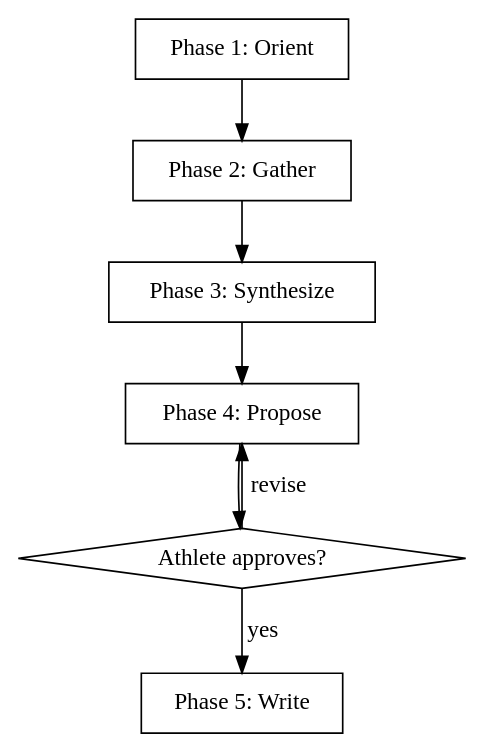
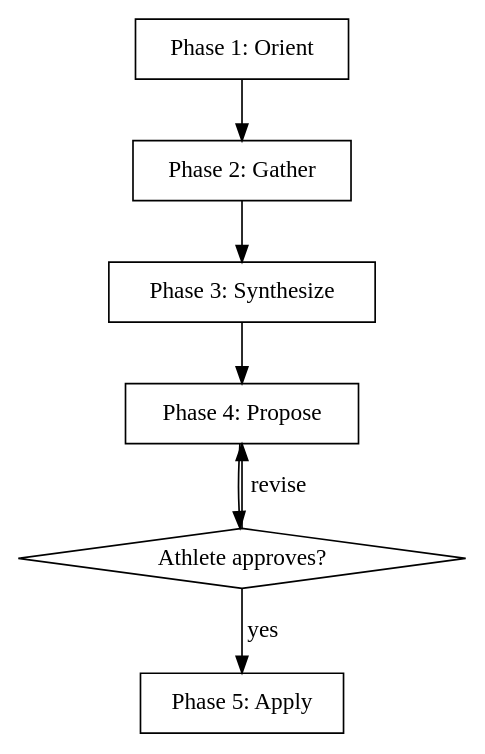
Before and after one commit to isparling/engram-coach: the diagram in skills/adapt-plan/SKILL.md, drawn with Graphviz. The commit also changed other lines of this file and 43 other files, not shown here.

````diff
--- a/skills/adapt-plan/SKILL.md
+++ b/skills/adapt-plan/SKILL.md
@@ -16,17 +16,17 @@
 ```dot
 digraph adapt_plan {
     "Phase 1: Orient" [shape=box];
     "Phase 2: Gather" [shape=box];
     "Phase 3: Synthesize" [shape=box];
     "Phase 4: Propose" [shape=box];
     "Athlete approves?" [shape=diamond];
-    "Phase 5: Write" [shape=box];
+    "Phase 5: Apply" [shape=box];
 
     "Phase 1: Orient" -> "Phase 2: Gather";
     "Phase 2: Gather" -> "Phase 3: Synthesize";
     "Phase 3: Synthesize" -> "Phase 4: Propose";
     "Phase 4: Propose" -> "Athlete approves?";
-    "Athlete approves?" -> "Phase 5: Write" [label="yes"];
+    "Athlete approves?" -> "Phase 5: Apply" [label="yes"];
     "Athlete approves?" -> "Phase 4: Propose" [label="revise"];
 }
 ```
````
